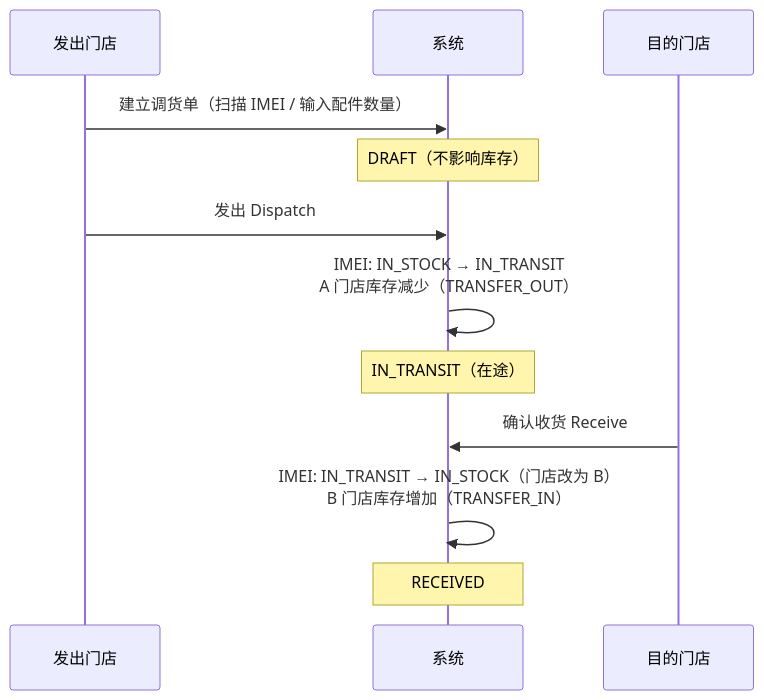
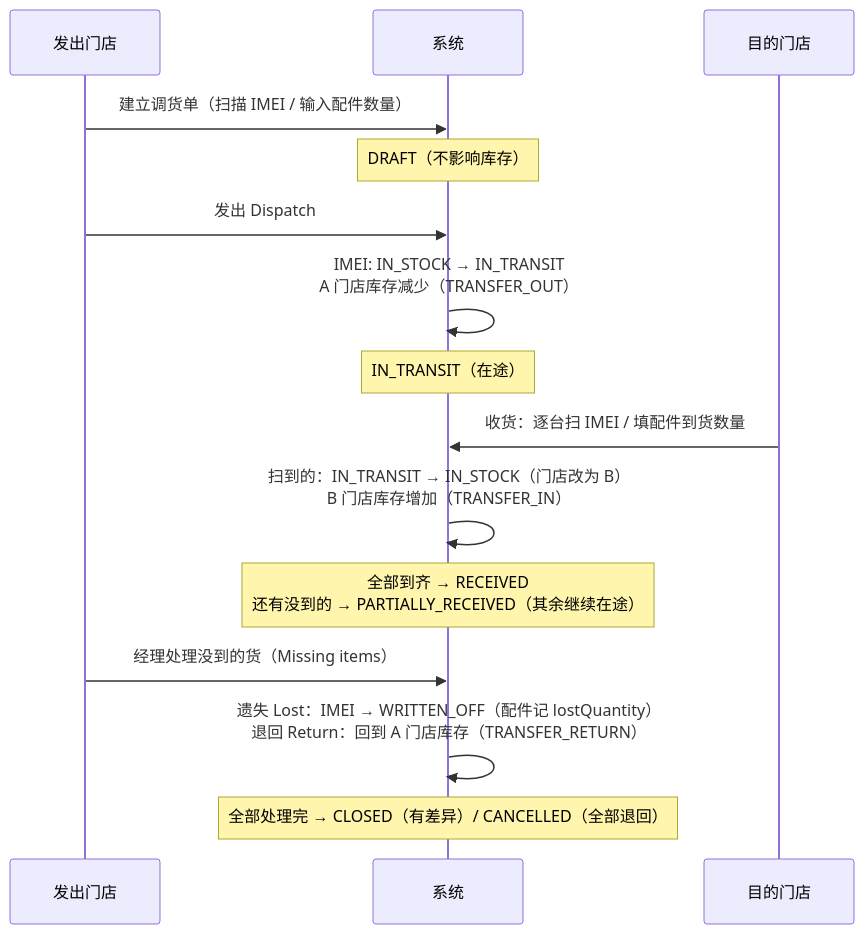
Before and after one commit to AhHau92/pos-saas: the second of 6 diagrams in docs/04-business-flows.md, drawn with Mermaid. The commit also changed other lines of this file and 78 other files, not shown here.

````diff
--- a/docs/04-business-flows.md
+++ b/docs/04-business-flows.md
@@ -29,14 +30,17 @@
 ```mermaid
 sequenceDiagram
     participant A as 发出门店
     participant S as 系统
     participant B as 目的门店
     A->>S: 建立调货单（扫描 IMEI / 输入配件数量）
     Note over S: DRAFT（不影响库存）
     A->>S: 发出 Dispatch
     S->>S: IMEI: IN_STOCK → IN_TRANSIT<br/>A 门店库存减少（TRANSFER_OUT）
     Note over S: IN_TRANSIT（在途）
-    B->>S: 确认收货 Receive
-    S->>S: IMEI: IN_TRANSIT → IN_STOCK（门店改为 B）<br/>B 门店库存增加（TRANSFER_IN）
-    Note over S: RECEIVED
+    B->>S: 收货：逐台扫 IMEI / 填配件到货数量
+    S->>S: 扫到的：IN_TRANSIT → IN_STOCK（门店改为 B）<br/>B 门店库存增加（TRANSFER_IN）
+    Note over S: 全部到齐 → RECEIVED<br/>还有没到的 → PARTIALLY_RECEIVED（其余继续在途）
+    A->>S: 经理处理没到的货（Missing items）
+    S->>S: 遗失 Lost：IMEI → WRITTEN_OFF（配件记 lostQuantity）<br/>退回 Return：回到 A 门店库存（TRANSFER_RETURN）
+    Note over S: 全部处理完 → CLOSED（有差异）/ CANCELLED（全部退回）
 ```
````
